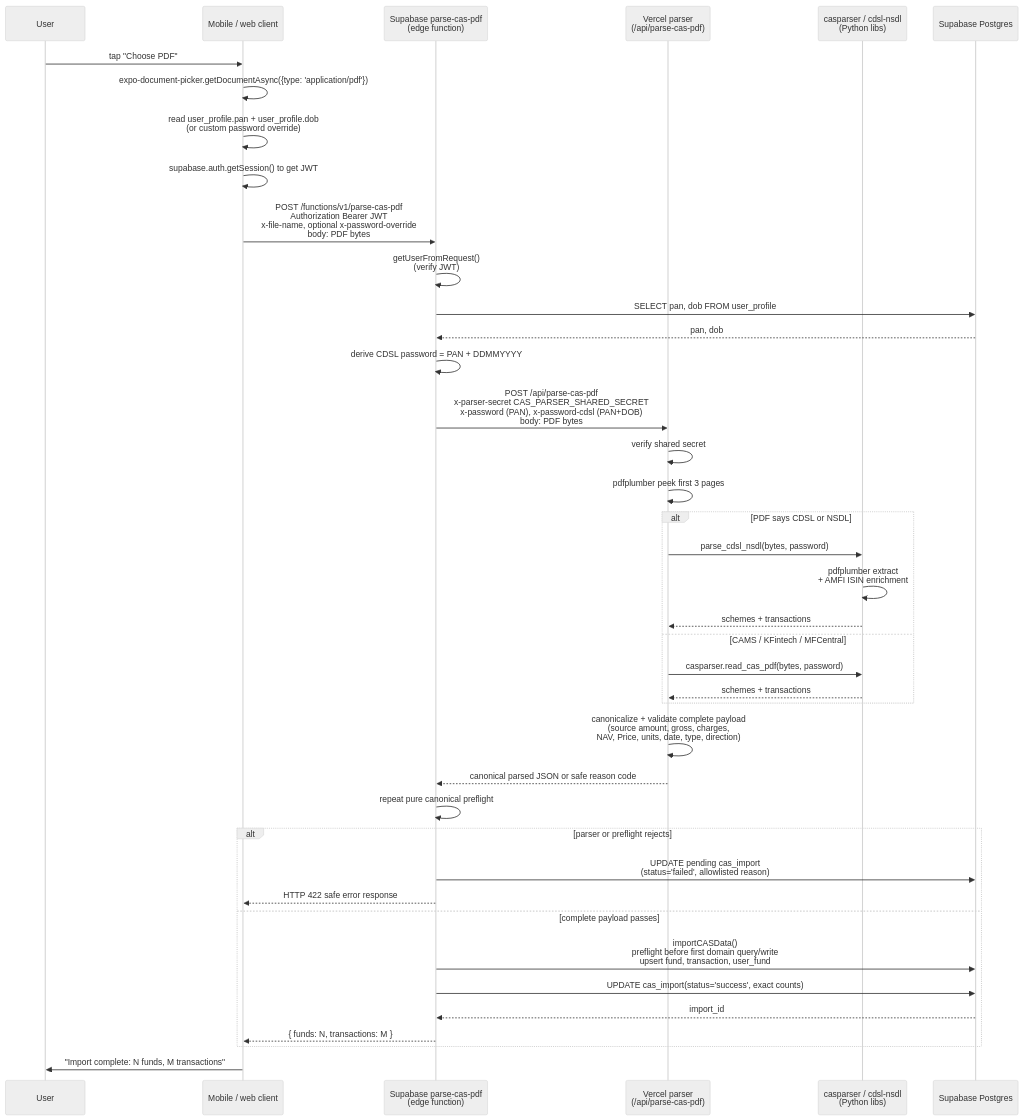
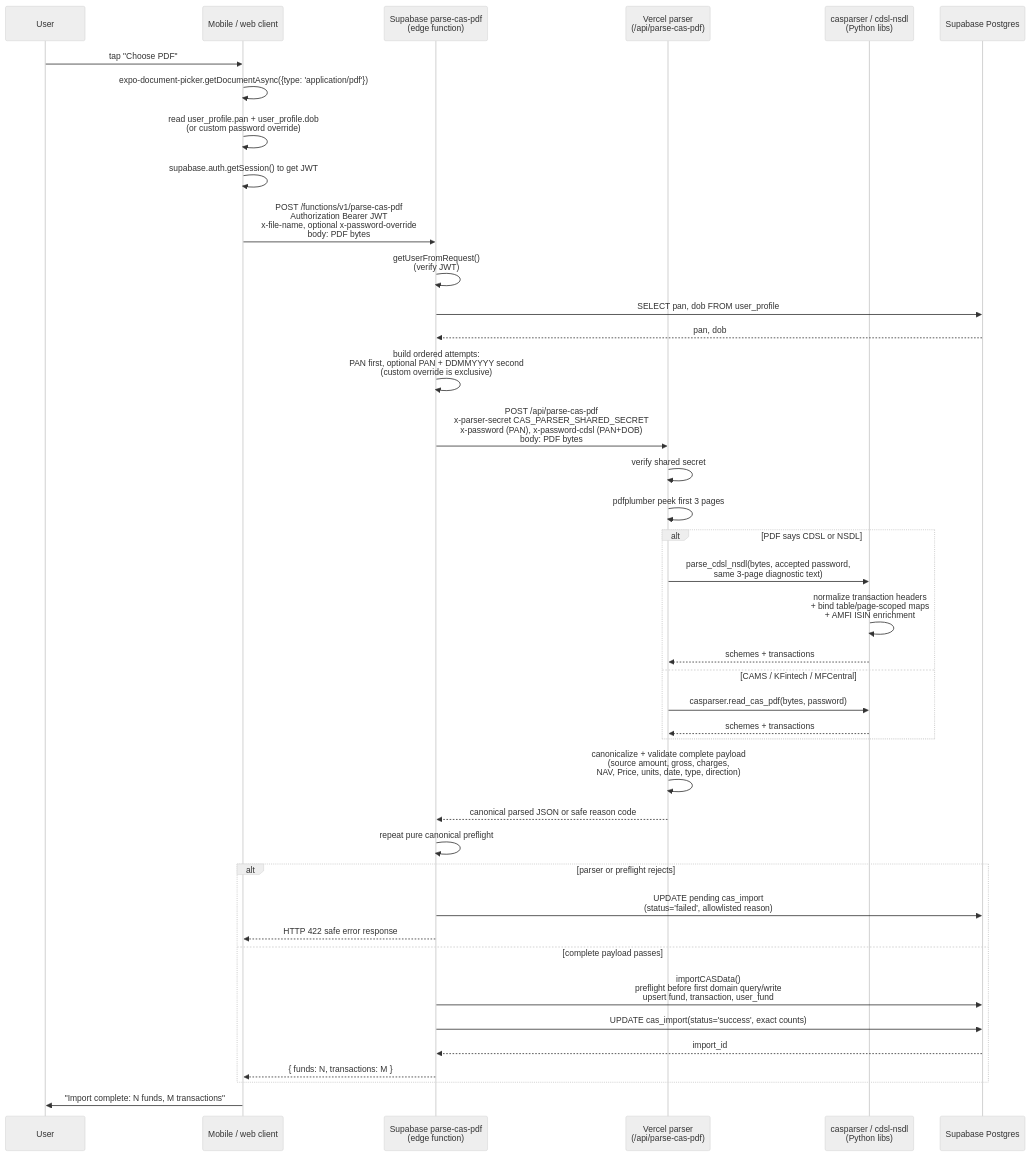
The second of 2 diagrams in docs/architecture/cas-upload-flow.md (himanshu4141/FolioLens), drawn with Mermaid (neutral theme) before and after one commit. The commit also changed other lines of this file and 24 other files, not shown here.

First line of the commit message:
[CAS Q2] Make CDSL/NSDL extraction header-aware (#293)

````diff
--- a/docs/architecture/cas-upload-flow.md
+++ b/docs/architecture/cas-upload-flow.md
@@ -42,47 +42,47 @@
 ```mermaid
 sequenceDiagram
   participant U as User
   participant App as Mobile / web client
   participant SB as Supabase parse-cas-pdf<br/>(edge function)
   participant V as Vercel parser<br/>(/api/parse-cas-pdf)
   participant Lib as casparser / cdsl-nsdl<br/>(Python libs)
   participant DB as Supabase Postgres
 
   U->>App: tap "Choose PDF"
   App->>App: expo-document-picker.getDocumentAsync({type: 'application/pdf'})
   App->>App: read user_profile.pan + user_profile.dob<br/>(or custom password override)
   App->>App: supabase.auth.getSession() to get JWT
   App->>SB: POST /functions/v1/parse-cas-pdf<br/>Authorization Bearer JWT<br/>x-file-name, optional x-password-override<br/>body: PDF bytes
 
   SB->>SB: getUserFromRequest()<br/>(verify JWT)
   SB->>DB: SELECT pan, dob FROM user_profile
   DB-->>SB: pan, dob
-  SB->>SB: derive CDSL password = PAN + DDMMYYYY
+  SB->>SB: build ordered attempts:<br/>PAN first, optional PAN + DDMMYYYY second<br/>(custom override is exclusive)
   SB->>V: POST /api/parse-cas-pdf<br/>x-parser-secret CAS_PARSER_SHARED_SECRET<br/>x-password (PAN), x-password-cdsl (PAN+DOB)<br/>body: PDF bytes
 
   V->>V: verify shared secret
   V->>V: pdfplumber peek first 3 pages
   alt PDF says CDSL or NSDL
-    V->>Lib: parse_cdsl_nsdl(bytes, password)
-    Lib->>Lib: pdfplumber extract<br/>+ AMFI ISIN enrichment
+    V->>Lib: parse_cdsl_nsdl(bytes, accepted password,<br/>same 3-page diagnostic text)
+    Lib->>Lib: normalize transaction headers<br/>+ bind table/page-scoped maps<br/>+ AMFI ISIN enrichment
     Lib-->>V: schemes + transactions
   else CAMS / KFintech / MFCentral
     V->>Lib: casparser.read_cas_pdf(bytes, password)
     Lib-->>V: schemes + transactions
   end
   V->>V: canonicalize + validate complete payload<br/>(source amount, gross, charges,<br/>NAV, Price, units, date, type, direction)
   V-->>SB: canonical parsed JSON or safe reason code
 
   SB->>SB: repeat pure canonical preflight
   alt parser or preflight rejects
     SB->>DB: UPDATE pending cas_import<br/>(status='failed', allowlisted reason)
     SB-->>App: HTTP 422 safe error response
   else complete payload passes
     SB->>DB: importCASData()<br/>preflight before first domain query/write<br/>upsert fund, transaction, user_fund
     SB->>DB: UPDATE cas_import(status='success', exact counts)
     DB-->>SB: import_id
     SB-->>App: { funds: N, transactions: M }
   end
 
   App->>U: "Import complete: N funds, M transactions"
 ```
````
